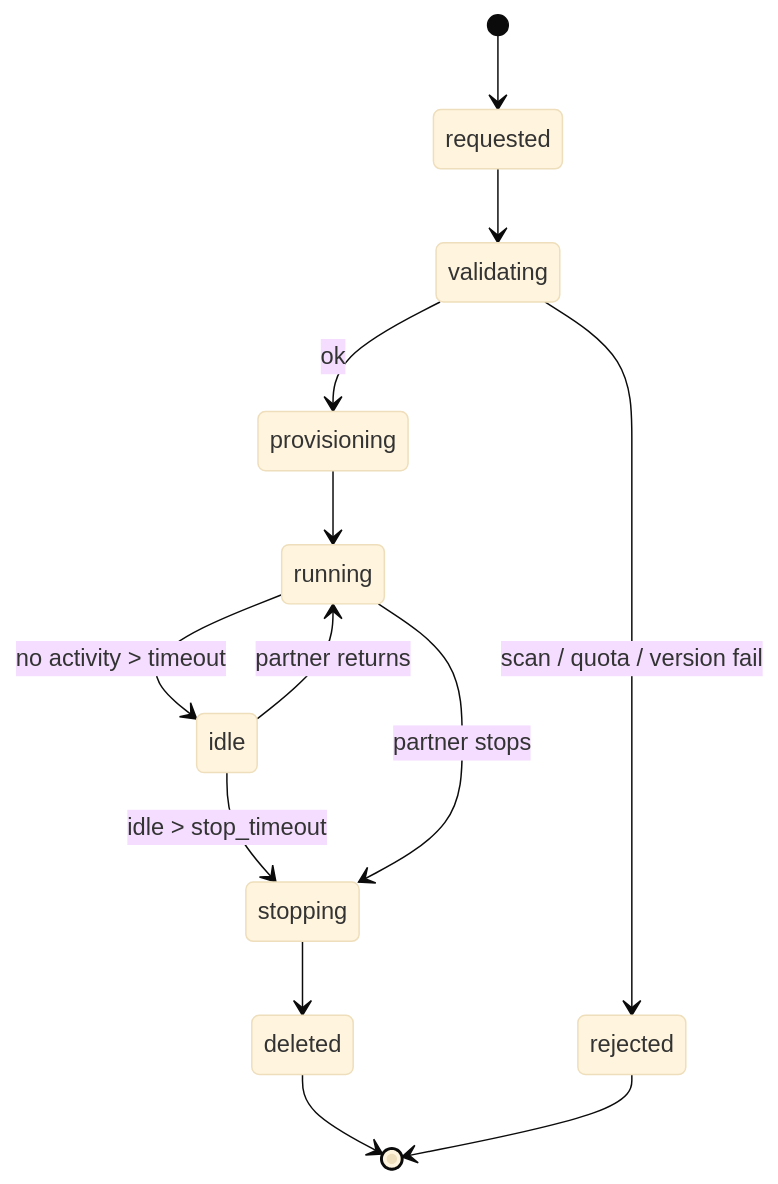
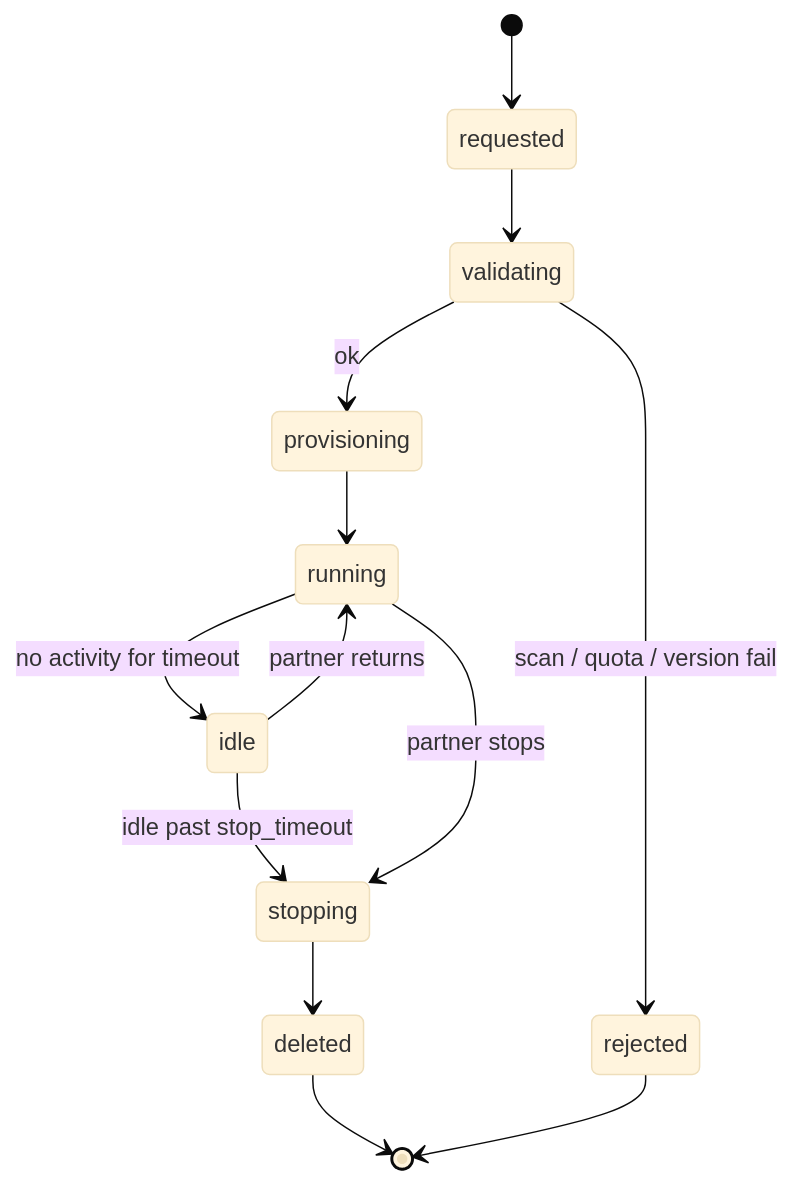
Before and after one commit to kemit-ee/efti-testbed: the fifth of 12 diagrams in architecture/v0.2.md, drawn with Mermaid (base theme). The commit also changed other lines of this file, not shown here.

First line of the commit message:
v0.2 §5 + §10: defensive Mermaid rewrites for GitHub renderer

````diff
--- a/architecture/v0.2.md
+++ b/architecture/v0.2.md
@@ -157,15 +157,15 @@
 ```mermaid
 stateDiagram-v2
     [*] --> requested
     requested --> validating
     validating --> rejected: scan / quota / version fail
     validating --> provisioning: ok
     provisioning --> running
-    running --> idle: no activity > timeout
+    running --> idle: no activity for timeout
     idle --> running: partner returns
-    idle --> stopping: idle > stop_timeout
+    idle --> stopping: idle past stop_timeout
     running --> stopping: partner stops
     stopping --> deleted
     deleted --> [*]
     rejected --> [*]
 ```
````
